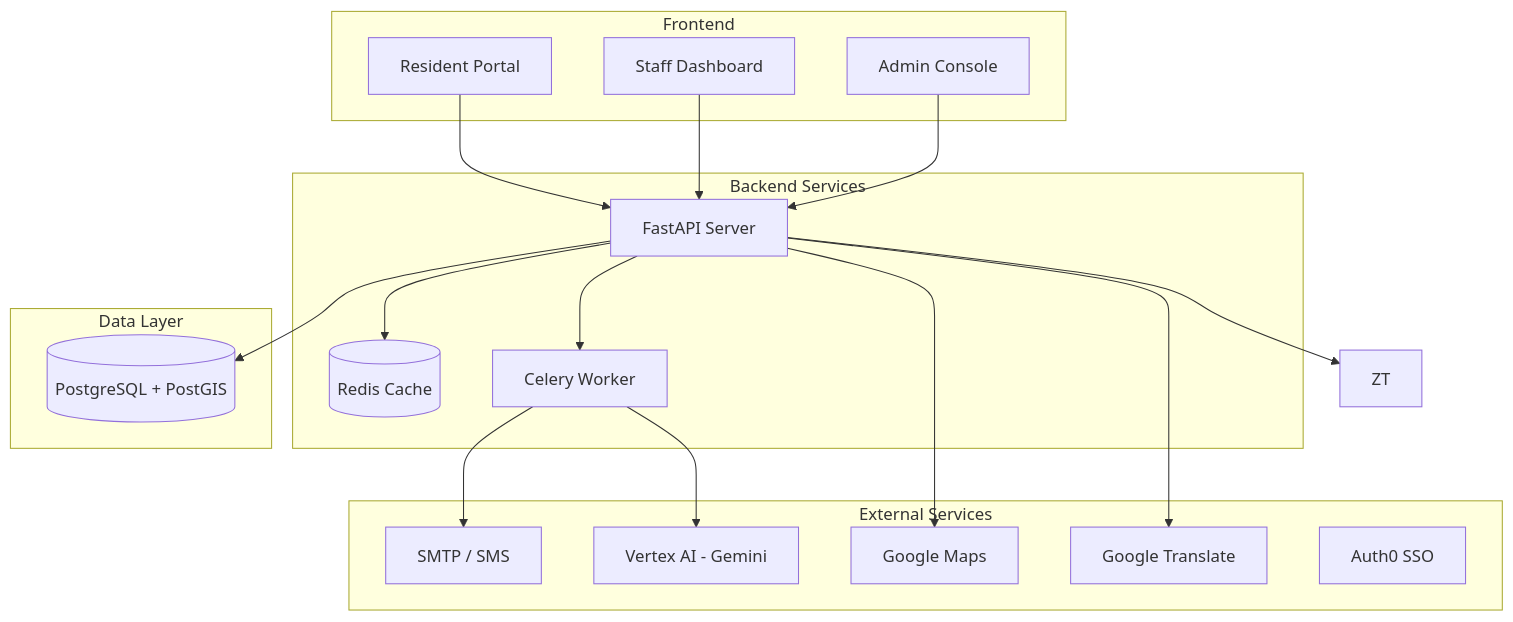
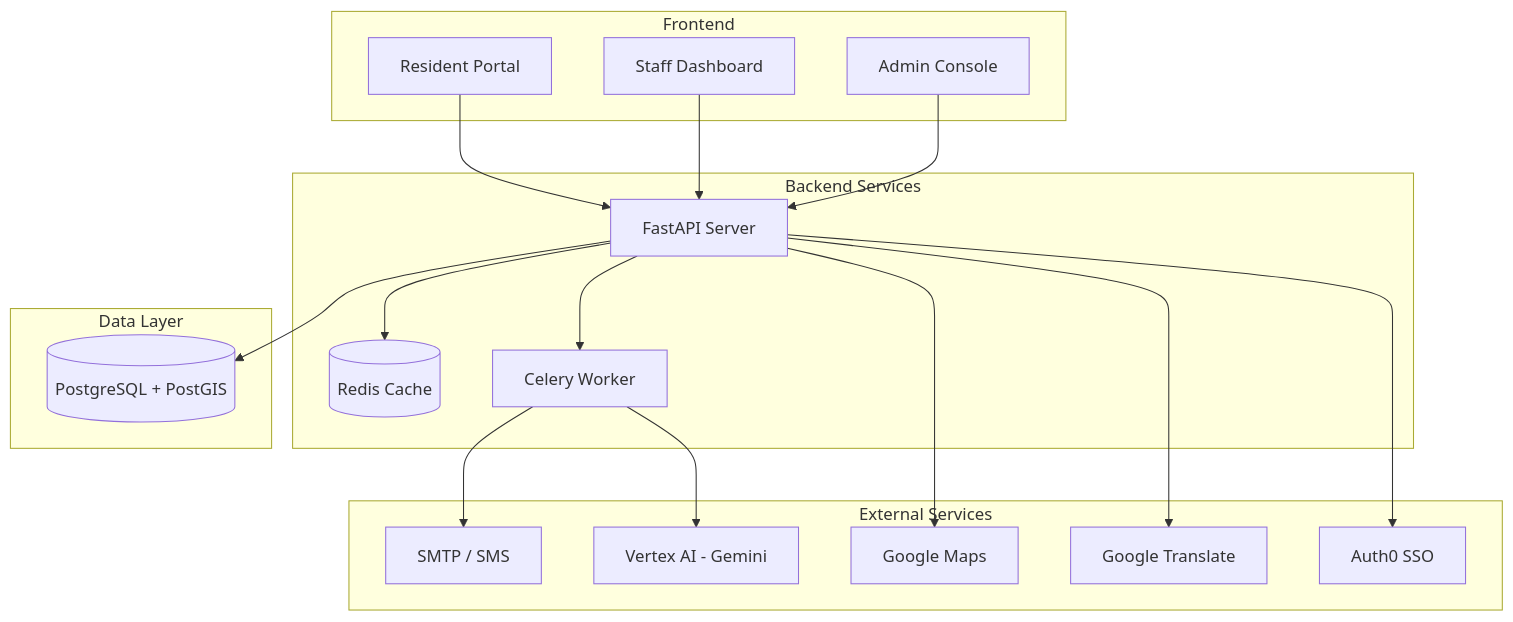
The first of 3 diagrams in README.md (Pinpoint-311/Pinpoint-311), drawn with Mermaid before and after one commit. The commit also changed other lines of this file, not shown here.

Commit message:
README: Add ToC, comparison table, fix Mermaid typo, add Roadmap & Security policy

````diff
--- a/README.md
+++ b/README.md
@@ -89,41 +119,41 @@
 ```mermaid
 graph TB
     subgraph "Frontend"
         RP[Resident Portal]
         SP[Staff Dashboard]
         AC[Admin Console]
     end
 
     subgraph "Backend Services"
         API[FastAPI Server]
         WK[Celery Worker]
         RD[(Redis Cache)]
     end
 
     subgraph "Data Layer"
         PG[(PostgreSQL + PostGIS)]
     end
 
     subgraph "External Services"
         VA[Vertex AI - Gemini]
         GM[Google Maps]
         GT[Google Translate]
         SM[SMTP / SMS]
         A0[Auth0 SSO]
     end
 
     RP --> API
     SP --> API
     AC --> API
     
     API --> PG
     API --> RD
     API --> WK
     
     WK --> SM
     WK --> VA
     
     API --> GM
     API --> GT
-    API --> ZT
+    API --> A0
 ```
````
